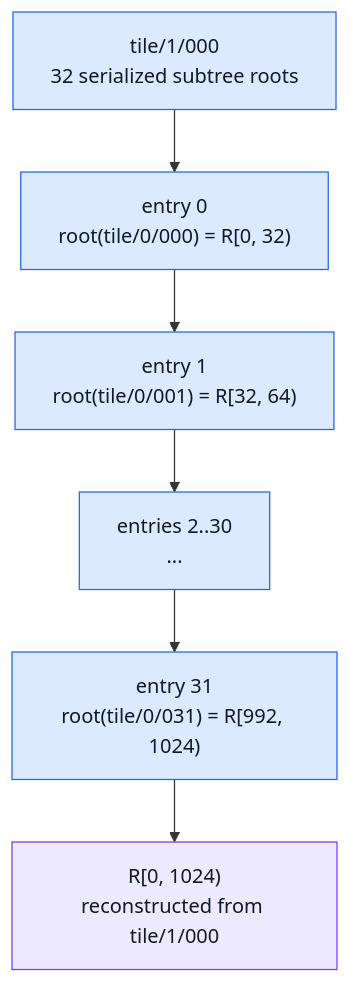
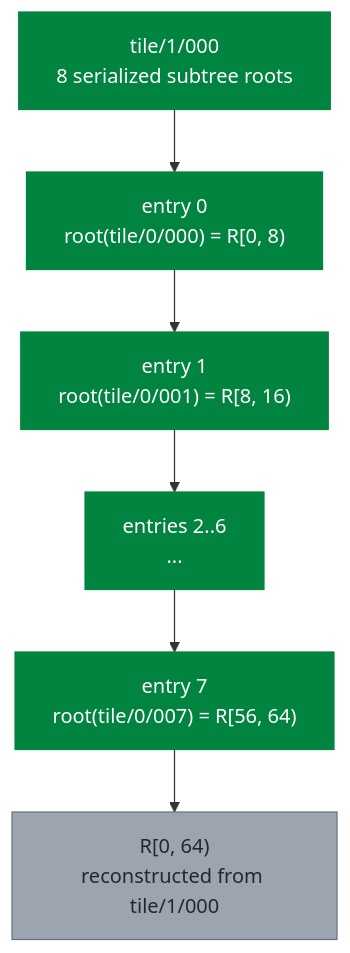
Before and after one commit to microsoft/merklecpp: the fourth of 20 diagrams in doc/tiles-illustrated.rst, drawn with Mermaid. The commit also changed other lines of this file, not shown here.

```diff
--- a/doc/tiles-illustrated.rst
+++ b/doc/tiles-illustrated.rst
@@ -166,18 +165,18 @@
 .. mermaid::
 
    flowchart TB
-     L1["tile/1/000<br/>32 serialized subtree roots"]:::tile
-     L0A["entry 0<br/>root(tile/0/000) = R[0, 32)"]:::tile
-     L0B["entry 1<br/>root(tile/0/001) = R[32, 64)"]:::tile
-     L0C["entries 2..30<br/>..."]:::tile
-     L0Z["entry 31<br/>root(tile/0/031) = R[992, 1024)"]:::tile
-     ROOT["R[0, 1024)<br/>reconstructed from tile/1/000"]:::computed
+     L1["tile/1/000<br/>8 serialized subtree roots"]:::tile
+     L0A["entry 0<br/>root(tile/0/000) = R[0, 8)"]:::tile
+     L0B["entry 1<br/>root(tile/0/001) = R[8, 16)"]:::tile
+     L0C["entries 2..6<br/>..."]:::tile
+     L0Z["entry 7<br/>root(tile/0/007) = R[56, 64)"]:::tile
+     ROOT["R[0, 64)<br/>reconstructed from tile/1/000"]:::computed
 
      L1 --> L0A
      L0A --> L0B
      L0B --> L0C
      L0C --> L0Z
      L0Z --> ROOT
 
-     classDef tile fill:#dbeafe,stroke:#2563eb,color:#111827
-     classDef computed fill:#ede9fe,stroke:#7c3aed,color:#111827
+     classDef tile fill:#00843f,stroke:#00843f,color:#ffffff
+     classDef computed fill:#9ca4af,stroke:#677384,color:#222832
```
